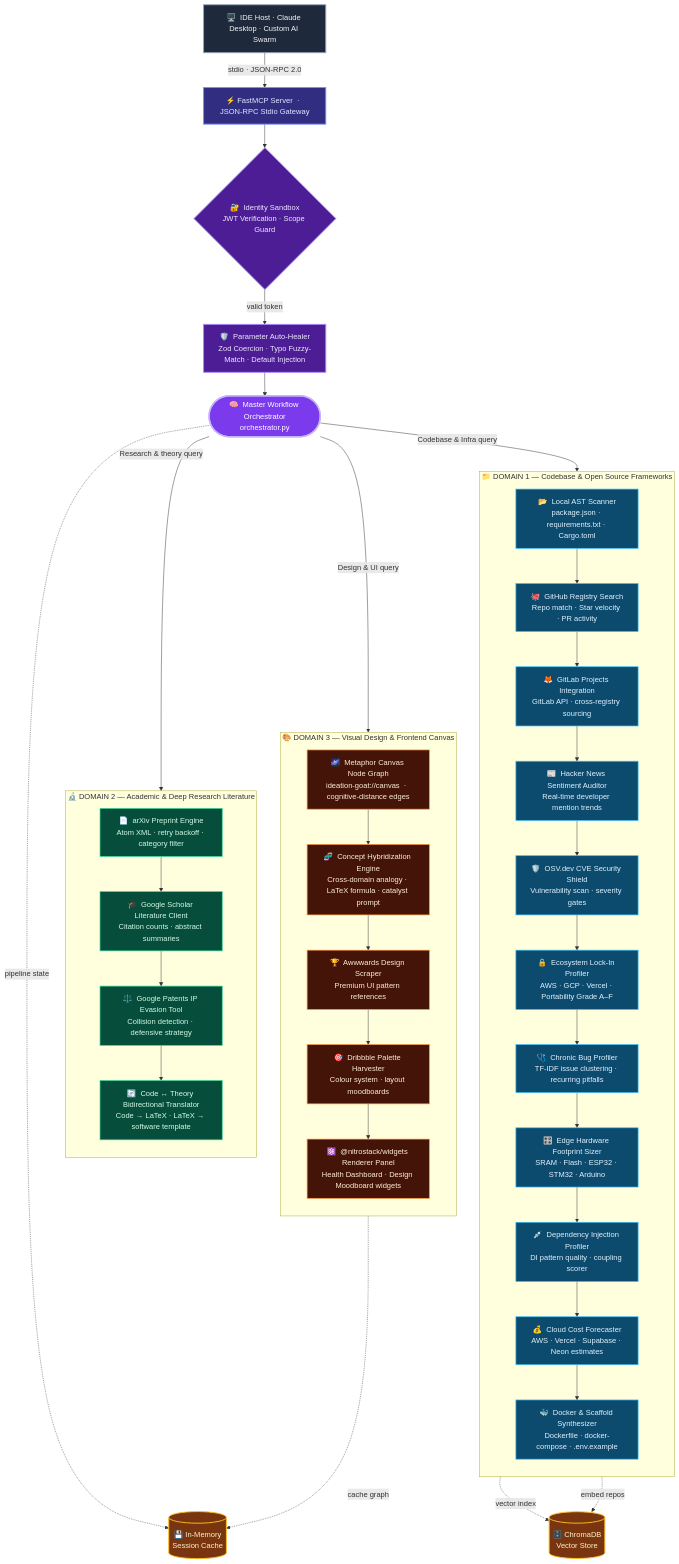
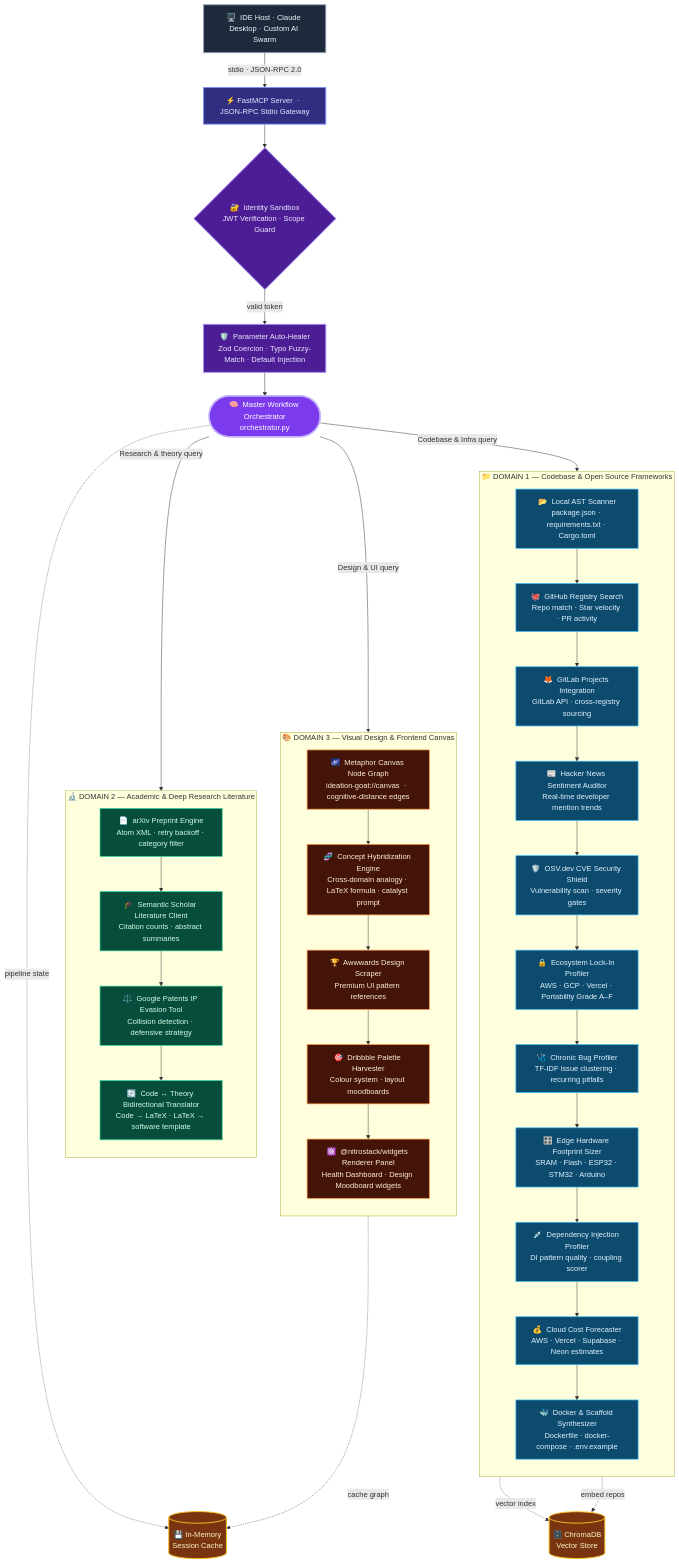
The diagram in README.md (seeramsujay/ideation-goat), drawn with Mermaid before and after one commit. The commit also changed other lines of this file and 24 other files, not shown here.

```diff
--- a/README.md
+++ b/README.md
@@ -87,7 +87,7 @@
     subgraph D2 ["🔬  DOMAIN 2 — Academic & Deep Research Literature"]
         direction TB
         D2_ARX["📄  arXiv Preprint Engine\nAtom XML · retry backoff · category filter"]:::d2node
-        D2_SCH["🎓  Google Scholar Literature Client\nCitation counts · abstract summaries"]:::d2node
+        D2_SCH["🎓  Semantic Scholar Literature Client\nCitation counts · abstract summaries"]:::d2node
         D2_PAT["⚖️  Google Patents IP Evasion Tool\nCollision detection · defensive strategy"]:::d2node
         D2_BRG["🔄  Code ↔ Theory Bidirectional Translator\nCode → LaTeX · LaTeX → software template"]:::d2node
         D2_ARX --> D2_SCH --> D2_PAT --> D2_BRG
```
